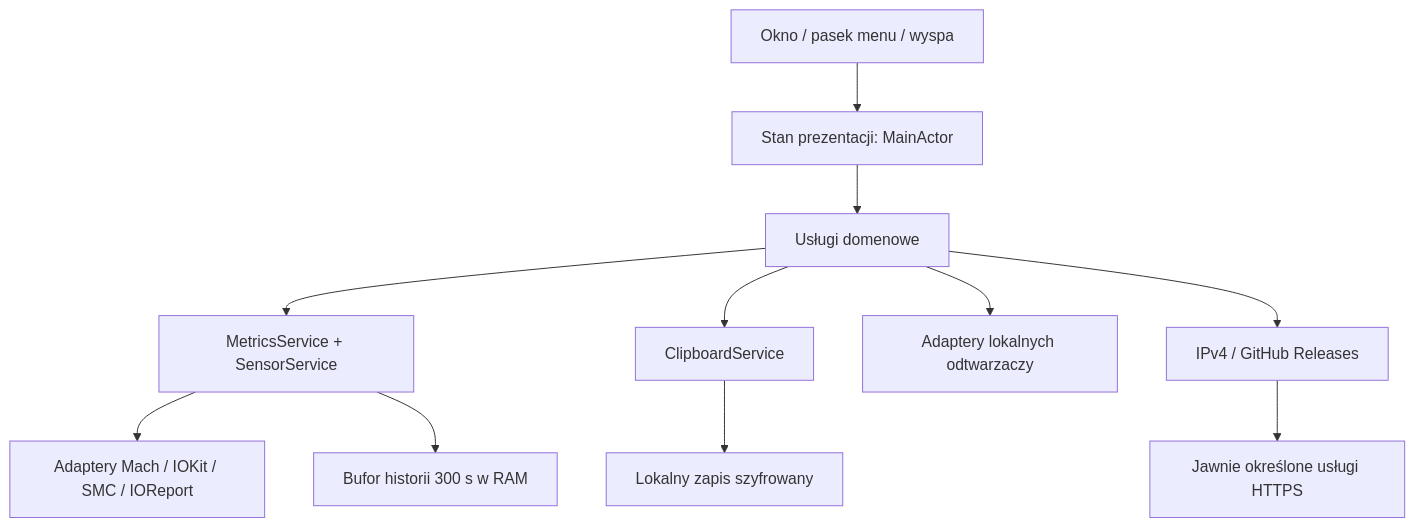
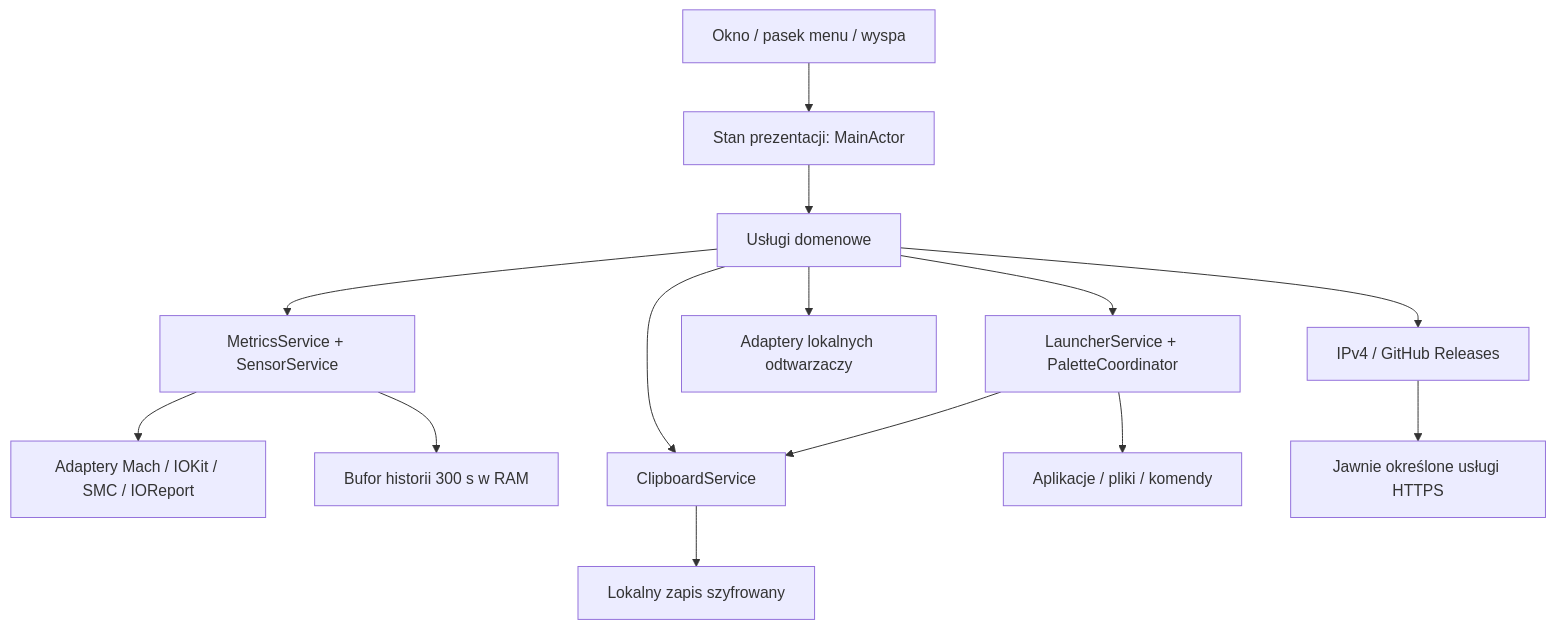
Before and after one commit to MrDeex1k/MacManager: the diagram in docs/03-architektura.md, drawn with Mermaid. The commit also changed other lines of this file and 8 other files, not shown here.

Commit message:
docs(roadmap): record TinyCast integration plans

```diff
--- a/docs/03-architektura.md
+++ b/docs/03-architektura.md
@@ -30,13 +31,16 @@
 ~~~mermaid
 flowchart TD
     SwiftUI["Okno / pasek menu / wyspa"] --> Presentation["Stan prezentacji: MainActor"]
     Presentation --> Services["Usługi domenowe"]
     Services --> Metrics["MetricsService + SensorService"]
     Metrics --> Adapters["Adaptery Mach / IOKit / SMC / IOReport"]
     Metrics --> History["Bufor historii 300 s w RAM"]
     Services --> Clipboard["ClipboardService"]
     Clipboard --> Storage["Lokalny zapis szyfrowany"]
+    Services --> Launcher["LauncherService + PaletteCoordinator"]
+    Launcher --> Commands["Aplikacje / pliki / komendy"]
+    Launcher --> Clipboard
     Services --> Music["Adaptery lokalnych odtwarzaczy"]
     Services --> Network["IPv4 / GitHub Releases"]
     Network --> HTTPS["Jawnie określone usługi HTTPS"]
 ~~~
```
